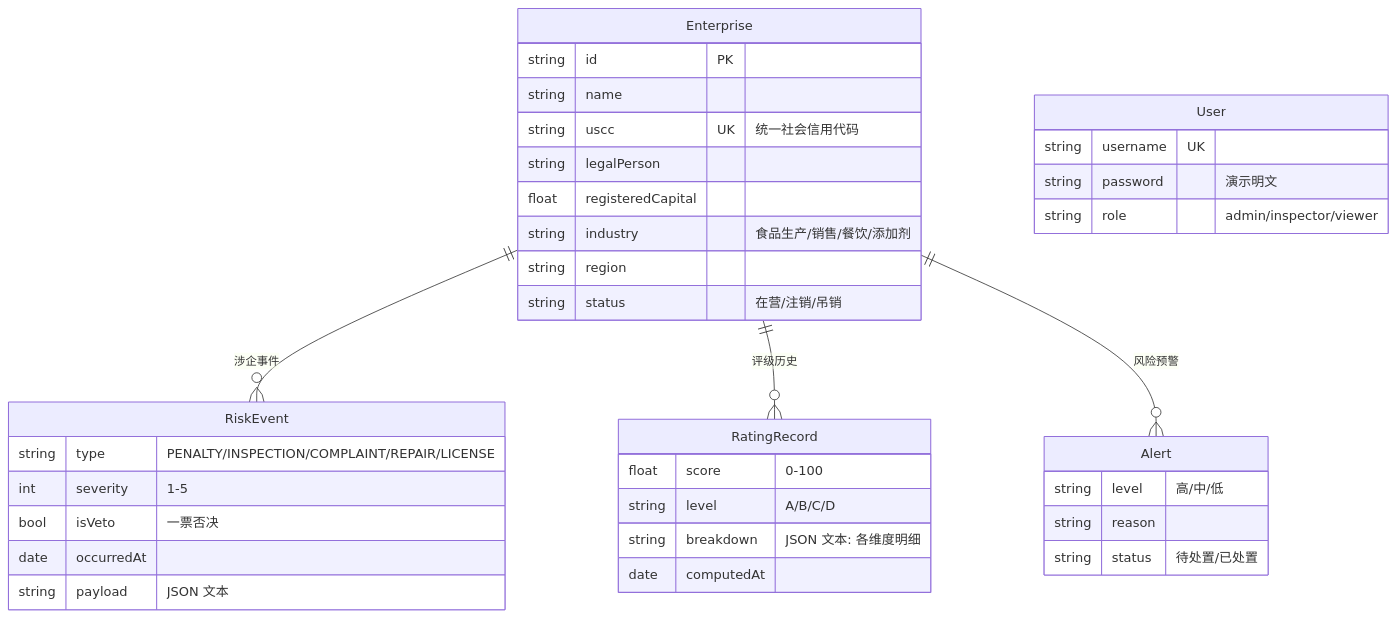
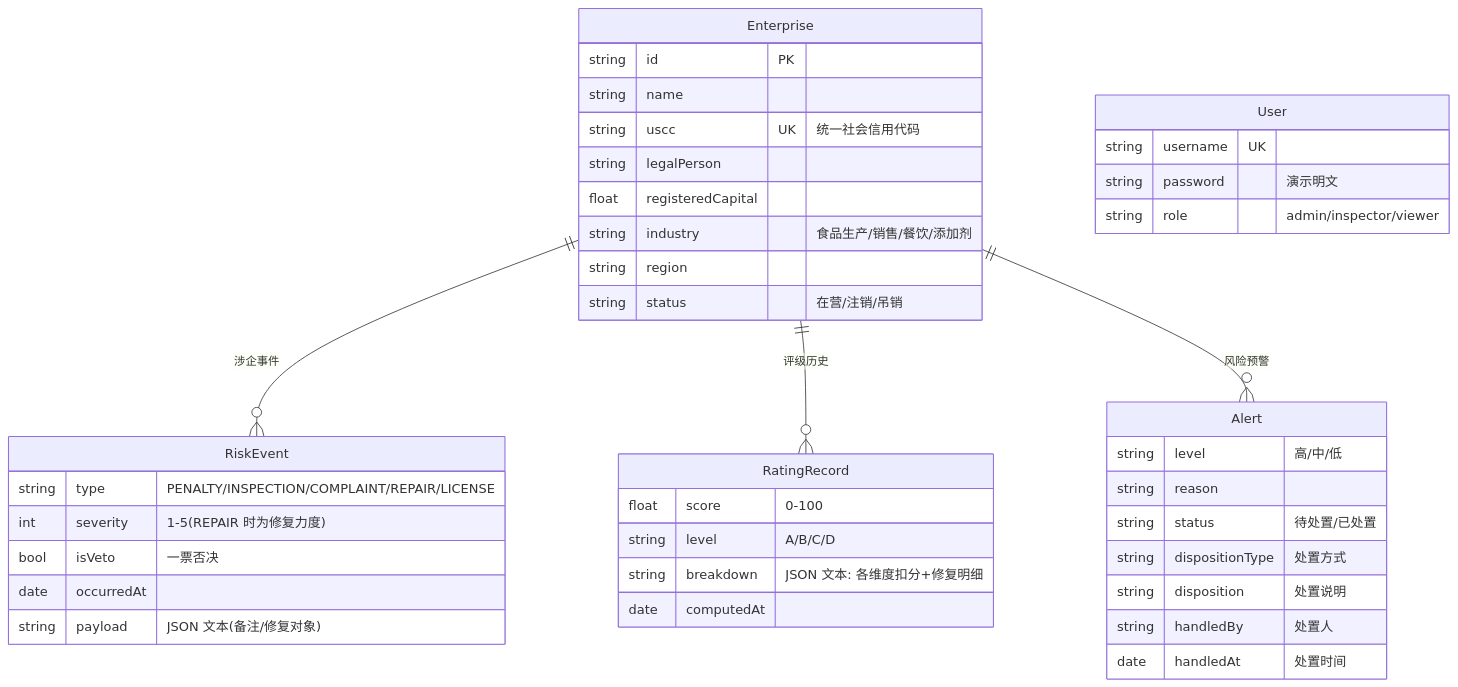
Before and after one commit to aesopdawn/food-credit-risk-system: the second of 2 diagrams in 系统功能设计.md, drawn with Mermaid. The commit also changed other lines of this file and 2 other files, not shown here.

````diff
--- a/系统功能设计.md
+++ b/系统功能设计.md
@@ -79,40 +82,44 @@
 ```mermaid
 erDiagram
   Enterprise ||--o{ RiskEvent   : "涉企事件"
   Enterprise ||--o{ RatingRecord : "评级历史"
   Enterprise ||--o{ Alert        : "风险预警"
 
   Enterprise {
     string id PK
     string name
     string uscc UK "统一社会信用代码"
     string legalPerson
     float  registeredCapital
     string industry "食品生产/销售/餐饮/添加剂"
     string region
     string status "在营/注销/吊销"
   }
   RiskEvent {
     string type "PENALTY/INSPECTION/COMPLAINT/REPAIR/LICENSE"
-    int    severity "1-5"
+    int    severity "1-5(REPAIR 时为修复力度)"
     bool   isVeto "一票否决"
     date   occurredAt
-    string payload "JSON 文本"
+    string payload "JSON 文本(备注/修复对象)"
   }
   RatingRecord {
     float  score "0-100"
     string level "A/B/C/D"
-    string breakdown "JSON 文本: 各维度明细"
+    string breakdown "JSON 文本: 各维度扣分+修复明细"
     date   computedAt
   }
   Alert {
     string level "高/中/低"
     string reason
     string status "待处置/已处置"
+    string dispositionType "处置方式"
+    string disposition "处置说明"
+    string handledBy "处置人"
+    date   handledAt "处置时间"
   }
   User {
     string username UK
     string password "演示明文"
     string role "admin/inspector/viewer"
   }
 ```
````
